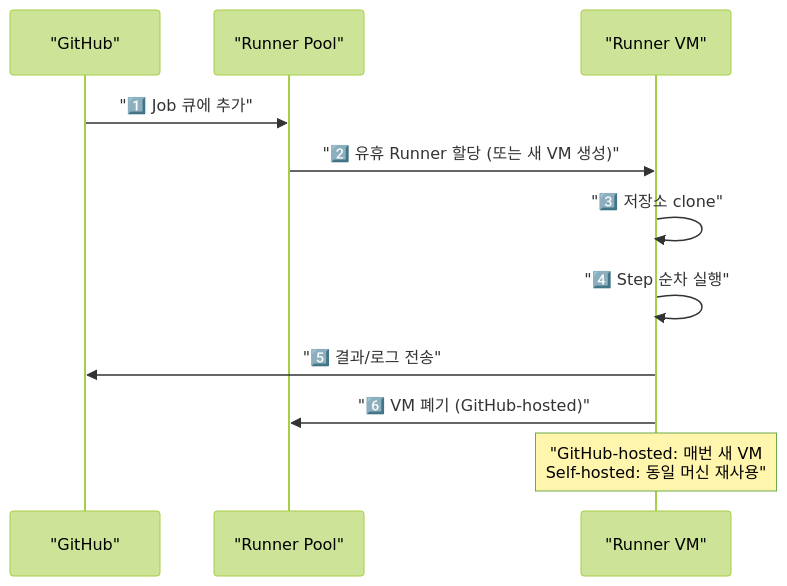
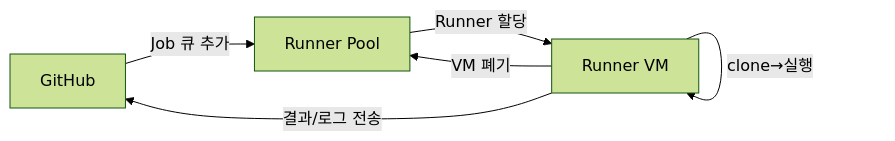
One commit to yjkim2015/yjkim2015.github.io changed the second of 5 diagrams in _posts/cicd/2026-05-03-github-actions-deep.md. Above: the diagram before and after it, drawn with Mermaid (forest theme). The commit also changed 50 other files, not shown here.

First line of the commit message:
stateDiagram 11개 graph LR 변환 + 테이블 빈 셀 17개 수정

````diff
--- a/_posts/cicd/2026-05-03-github-actions-deep.md
+++ b/_posts/cicd/2026-05-03-github-actions-deep.md
@@ -49,13 +49,8 @@
 ```mermaid
-sequenceDiagram
-    participant GH as "GitHub"
-    participant POOL as "Runner Pool"
-    participant VM as "Runner VM"
-    GH->>POOL: "1️⃣ Job 큐에 추가"
-    POOL->>VM: "2️⃣ 유휴 Runner 할당 (또는 새 VM 생성)"
-    VM->>VM: "3️⃣ 저장소 clone"
-    VM->>VM: "4️⃣ Step 순차 실행"
-    VM->>GH: "5️⃣ 결과/로그 전송"
-    VM->>POOL: "6️⃣ VM 폐기 (GitHub-hosted)"
-    Note over VM: "GitHub-hosted: 매번 새 VM<br/>Self-hosted: 동일 머신 재사용"
+graph LR
+    GH["GitHub"] -->|"Job 큐 추가"| POOL["Runner Pool"]
+    POOL -->|"Runner 할당"| VM["Runner VM"]
+    VM -->|"clone→실행"| VM
+    VM -->|"결과/로그 전송"| GH
+    VM -->|"VM 폐기"| POOL
 ```
````
